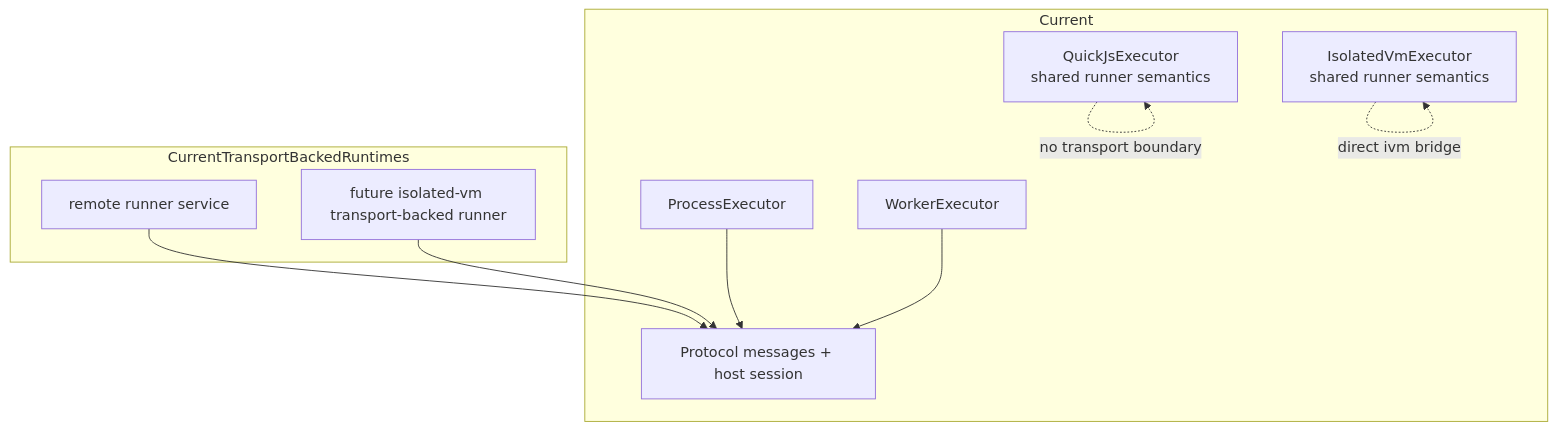
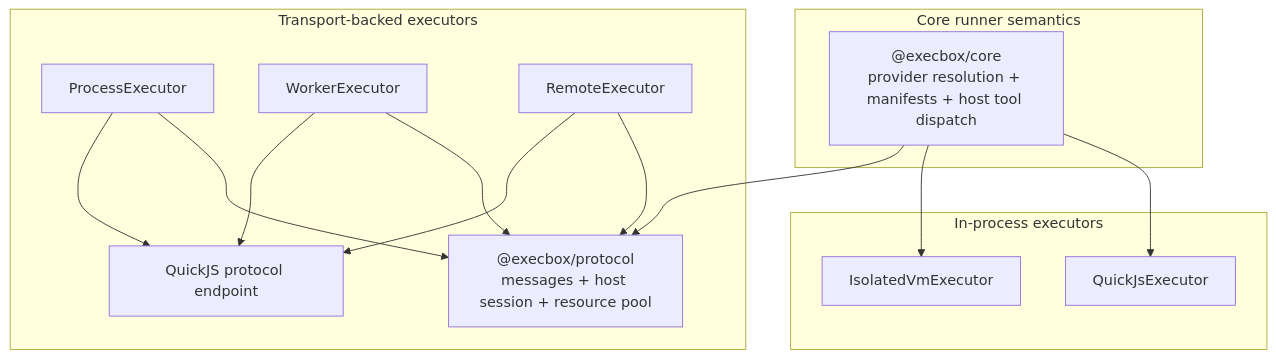
One commit to aallam/execbox changed the second of 3 diagrams in docs/architecture/execbox-mcp-and-protocol.md. Above: the diagram before and after it, drawn with Mermaid. The commit also changed other lines of this file and 9 other files, not shown here.

Commit message:
docs: refresh current-state execbox docs (#10)

````diff
--- a/docs/architecture/execbox-mcp-and-protocol.md
+++ b/docs/architecture/execbox-mcp-and-protocol.md
@@ -84,21 +65,29 @@
 ```mermaid
 flowchart TB
-    subgraph Current
-        C1["QuickJsExecutor<br/>shared runner semantics"]
-        C2["ProcessExecutor"]
-        C3["WorkerExecutor"]
-        C4["IsolatedVmExecutor<br/>shared runner semantics"]
-        P["Protocol messages + host session"]
-        C2 --> P
-        C3 --> P
-        C1 -. no transport boundary .-> C1
-        C4 -. direct ivm bridge .-> C4
+    subgraph Core["Core runner semantics"]
+        CORE["@execbox/core<br/>provider resolution + manifests + host tool dispatch"]
     end
 
-    subgraph CurrentTransportBackedRuntimes
-        N1["remote runner service"]
-        N2["future isolated-vm transport-backed runner"]
-        N1 --> P
-        N2 --> P
+    subgraph InProcess["In-process executors"]
+        QJS["QuickJsExecutor"]
+        IVM["IsolatedVmExecutor"]
     end
+
+    subgraph TransportBacked["Transport-backed executors"]
+        PROTO["@execbox/protocol<br/>messages + host session + resource pool"]
+        PROC["ProcessExecutor"]
+        WORKER["WorkerExecutor"]
+        REM["RemoteExecutor"]
+        ENDPOINT["QuickJS protocol endpoint"]
+    end
+
+    CORE --> QJS
+    CORE --> IVM
+    CORE --> PROTO
+    PROC --> PROTO
+    WORKER --> PROTO
+    REM --> PROTO
+    PROC --> ENDPOINT
+    WORKER --> ENDPOINT
+    REM --> ENDPOINT
 ```
````
